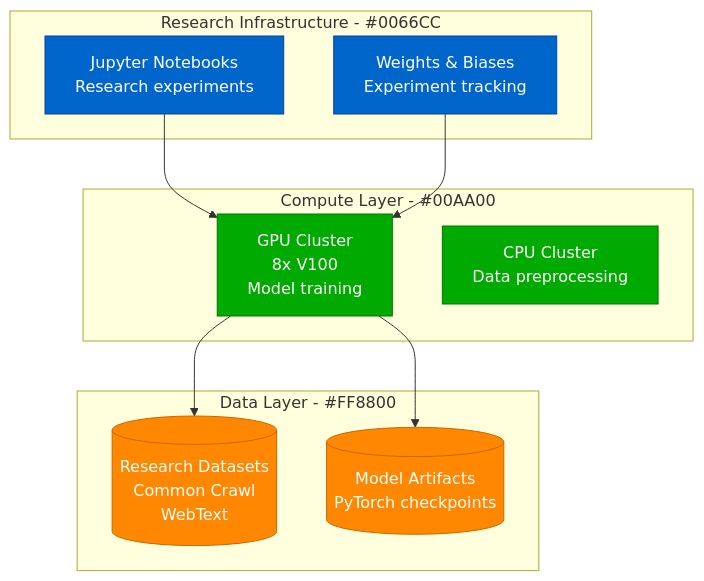
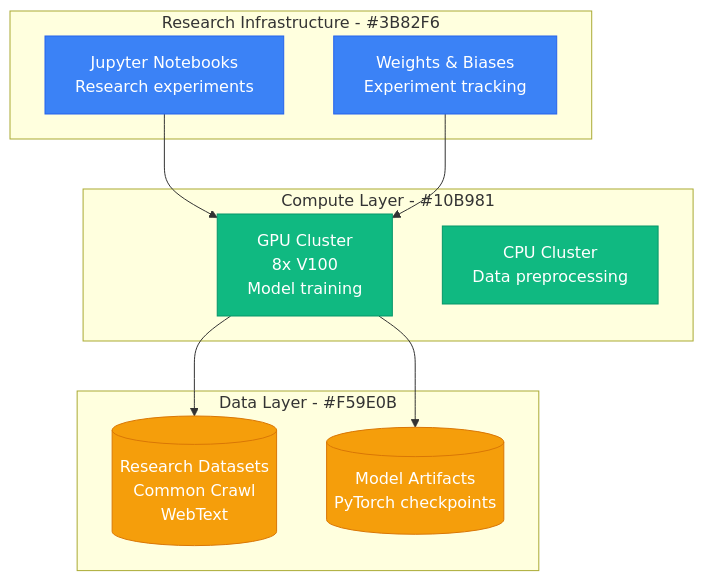
One commit to deepaucksharma/DS changed the first of 3 diagrams in site/docs/scaling/openai-scale-evolution.md. Above: the diagram before and after it, drawn with Mermaid. The commit also changed other lines of this file and 187 other files, not shown here.

````diff
--- a/site/docs/scaling/openai-scale-evolution.md
+++ b/site/docs/scaling/openai-scale-evolution.md
@@ -19,30 +19,30 @@
 ```mermaid
 graph TB
-    subgraph ResearchInfra[Research Infrastructure - #0066CC]
+    subgraph ResearchInfra[Research Infrastructure - #3B82F6]
         JUPYTER[Jupyter Notebooks<br/>Research experiments]
         WEIGHTS[Weights & Biases<br/>Experiment tracking]
     end
 
-    subgraph ComputeLayer[Compute Layer - #00AA00]
+    subgraph ComputeLayer[Compute Layer - #10B981]
         GPU_CLUSTER[GPU Cluster<br/>8x V100<br/>Model training]
         CPU_CLUSTER[CPU Cluster<br/>Data preprocessing]
     end
 
-    subgraph DataLayer[Data Layer - #FF8800]
+    subgraph DataLayer[Data Layer - #F59E0B]
         DATASETS[(Research Datasets<br/>Common Crawl<br/>WebText)]
         MODELS[(Model Artifacts<br/>PyTorch checkpoints)]
     end
 
     JUPYTER --> GPU_CLUSTER
     WEIGHTS --> GPU_CLUSTER
     GPU_CLUSTER --> DATASETS
     GPU_CLUSTER --> MODELS
 
-    classDef edgeStyle fill:#0066CC,stroke:#004499,color:#fff
-    classDef serviceStyle fill:#00AA00,stroke:#007700,color:#fff
-    classDef stateStyle fill:#FF8800,stroke:#CC6600,color:#fff
+    classDef edgeStyle fill:#3B82F6,stroke:#2563EB,color:#fff
+    classDef serviceStyle fill:#10B981,stroke:#059669,color:#fff
+    classDef stateStyle fill:#F59E0B,stroke:#D97706,color:#fff
 
     class JUPYTER,WEIGHTS edgeStyle
     class GPU_CLUSTER,CPU_CLUSTER serviceStyle
     class DATASETS,MODELS stateStyle
 ```
````
